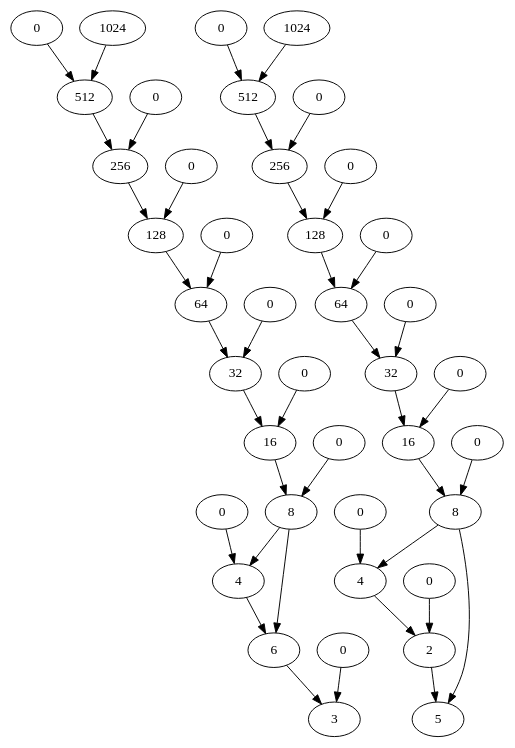
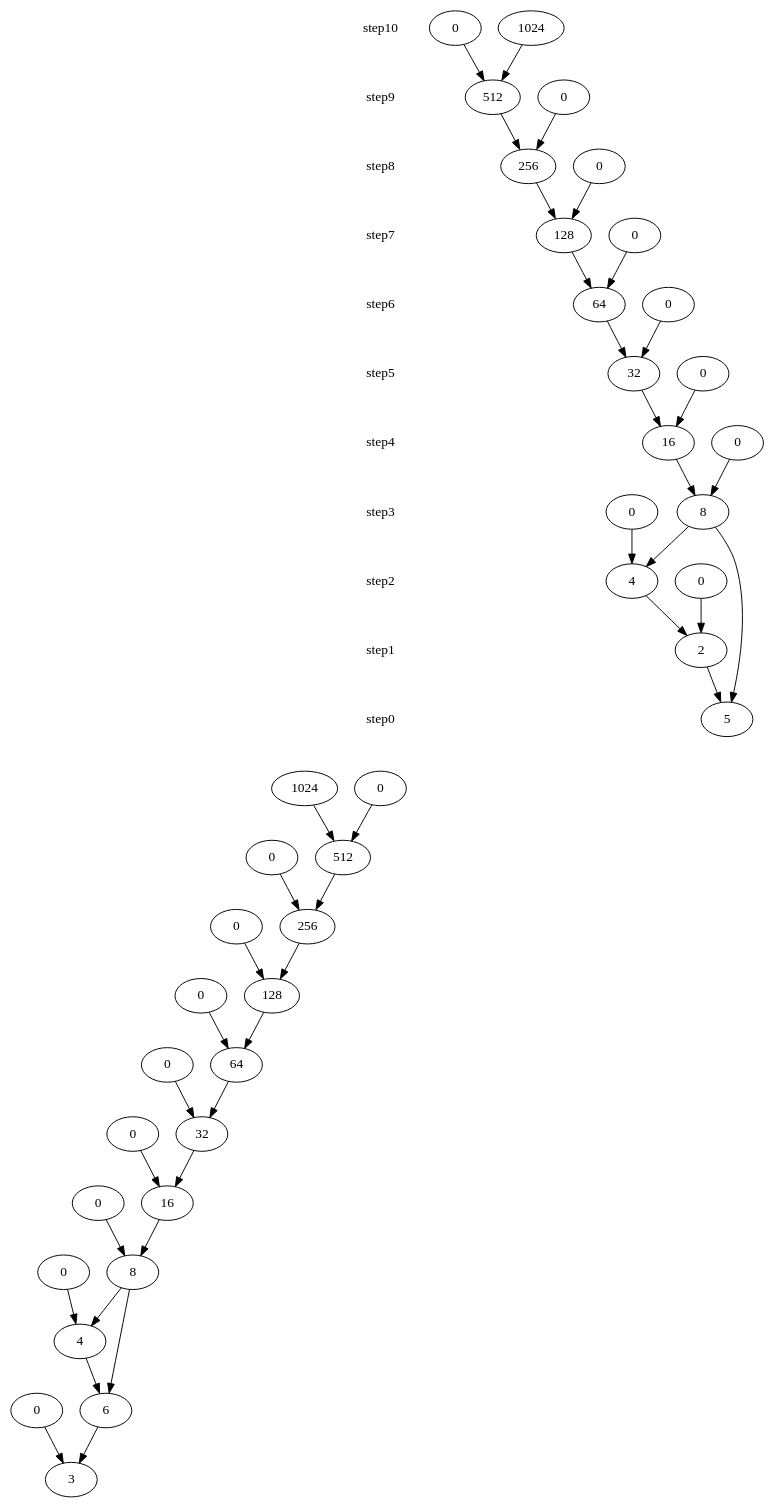
The diagram in test.dot (yanjy14/Graphviz), drawn with Graphviz before and after one commit. The commit also changed 3 other files, not shown here.

```diff
--- a/test.dot
+++ b/test.dot
@@ -1,82 +1,104 @@
 digraph test{
 n0[label = "0"];
 n1[label = "1024"];
 n2[label = "512"];
 n0->n2;
 n1->n2;
 n3[label = "0"];
 n4[label = "256"];
 n3->n4;
 n2->n4;
 n5[label = "0"];
 n6[label = "128"];
 n5->n6;
 n4->n6;
 n7[label = "0"];
 n8[label = "64"];
 n7->n8;
 n6->n8;
 n9[label = "0"];
 n10[label = "32"];
 n9->n10;
 n8->n10;
 n11[label = "0"];
 n12[label = "16"];
 n11->n12;
 n10->n12;
 n13[label = "0"];
 n14[label = "8"];
 n13->n14;
 n12->n14;
 n15[label = "0"];
 n16[label = "4"];
 n15->n16;
 n14->n16;
 n17[label = "6"];
 n14->n17;
 n16->n17;
 n18[label = "0"];
 n19[label = "3"];
 n18->n19;
 n17->n19;
 n20[label = "0"];
 n21[label = "1024"];
 n22[label = "512"];
 n20->n22;
 n21->n22;
 n23[label = "0"];
 n24[label = "256"];
 n23->n24;
 n22->n24;
 n25[label = "0"];
 n26[label = "128"];
 n25->n26;
 n24->n26;
 n27[label = "0"];
 n28[label = "64"];
 n27->n28;
 n26->n28;
 n29[label = "0"];
 n30[label = "32"];
 n29->n30;
 n28->n30;
 n31[label = "0"];
 n32[label = "16"];
 n31->n32;
 n30->n32;
 n33[label = "0"];
 n34[label = "8"];
 n33->n34;
 n32->n34;
 n35[label = "0"];
 n36[label = "4"];
 n35->n36;
 n34->n36;
 n37[label = "0"];
 n38[label = "2"];
 n37->n38;
 n36->n38;
 n39[label = "5"];
 n34->n39;
 n38->n39;
+r0[shape = "plaintext",label = "step0"];
+r1[shape = "plaintext",label = "step1"];
+r2[shape = "plaintext",label = "step2"];
+r3[shape = "plaintext",label = "step3"];
+r4[shape = "plaintext",label = "step4"];
+r5[shape = "plaintext",label = "step5"];
+r6[shape = "plaintext",label = "step6"];
+r7[shape = "plaintext",label = "step7"];
+r8[shape = "plaintext",label = "step8"];
+r9[shape = "plaintext",label = "step9"];
+r10[shape = "plaintext",label = "step10"];
+r0->n0[style = "invis", rank = "same"];
+r1->r0[style = "invis"];
+r2->r1[style = "invis"];
+r3->r2[style = "invis"];
+r4->r3[style = "invis"];
+r5->r4[style = "invis"];
+r6->r5[style = "invis"];
+r7->r6[style = "invis"];
+r8->r7[style = "invis"];
+r9->r8[style = "invis"];
+r10->r9[style = "invis"];
 }
```
